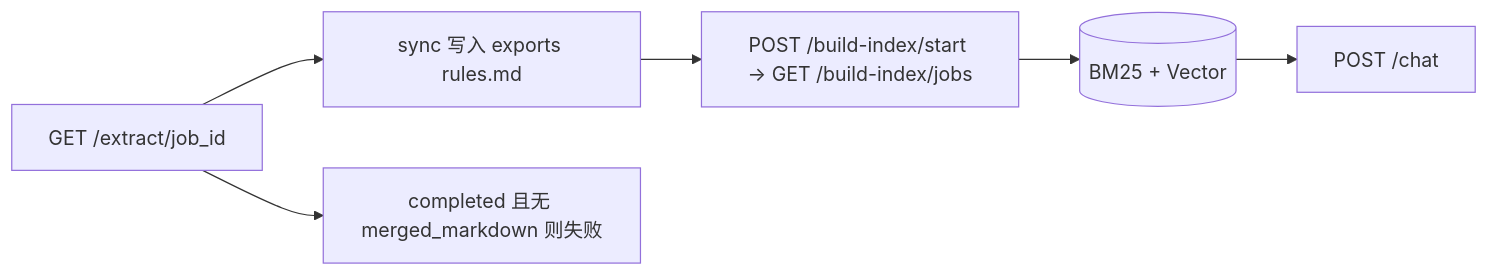
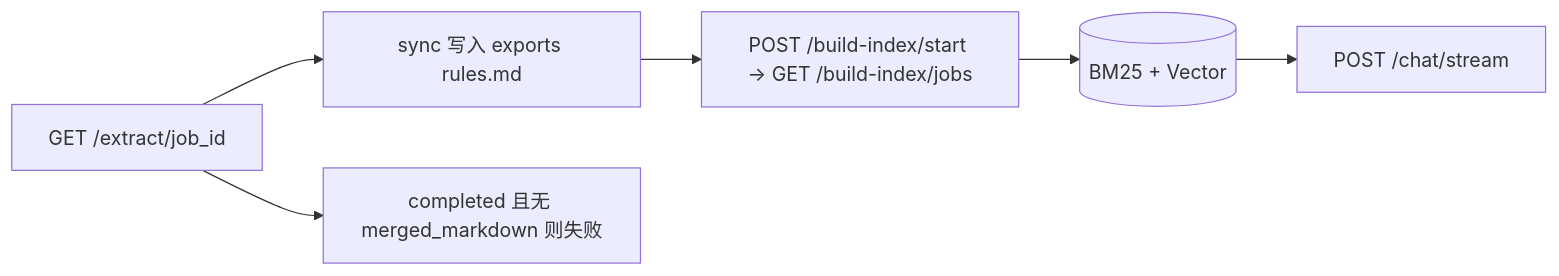
Before and after one commit to shitlsh/boardrule-rag: the fifth of 6 diagrams in services/rule_engine/EXTRACTION_FLOW.md, drawn with Mermaid. The commit also changed other lines of this file and 22 other files, not shown here.

````diff
--- a/services/rule_engine/EXTRACTION_FLOW.md
+++ b/services/rule_engine/EXTRACTION_FLOW.md
@@ -141,14 +141,14 @@
 ```mermaid
 flowchart LR
   poll["GET /extract/job_id"]
   disk["sync 写入 exports rules.md"]
   fail["completed 且无 merged_markdown 则失败"]
   bi["POST /build-index/start → GET /build-index/jobs"]
-  chat["POST /chat"]
+  chat["POST /chat/stream"]
   idx[(BM25 + Vector)]
 
   poll --> disk
   poll --> fail
   disk --> bi --> idx
   idx --> chat
 ```
````
